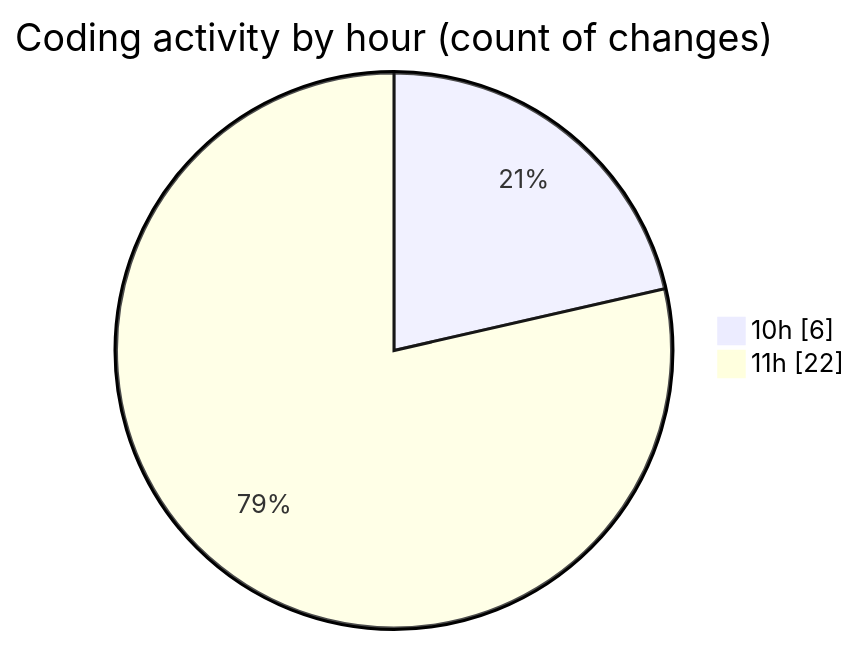
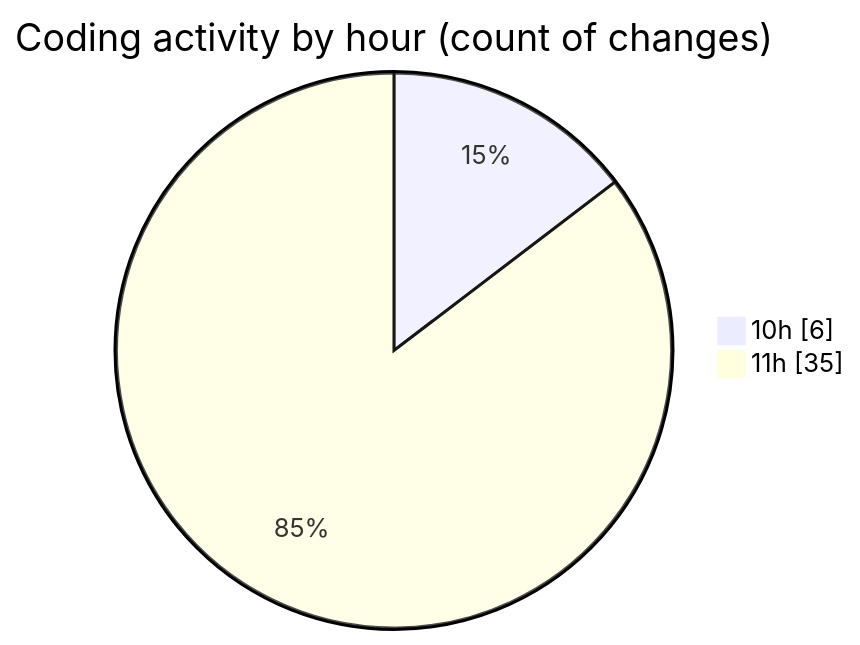
One commit to nxtqubesakshisongat/code-tracking changed the second of 2 diagrams in 2026-04-09/airfeed-analytics-dashboard/README.md. Above: the diagram before and after it, drawn with Mermaid. The commit also changed other lines of this file and 1 other file, not shown here.

````diff
--- a/2026-04-09/airfeed-analytics-dashboard/README.md
+++ b/2026-04-09/airfeed-analytics-dashboard/README.md
@@ -34,6 +34,6 @@
 ```mermaid
 pie showData
 title Coding activity by hour (count of changes)
 "10h" : 6
-"11h" : 22
+"11h" : 35
 ```
````
